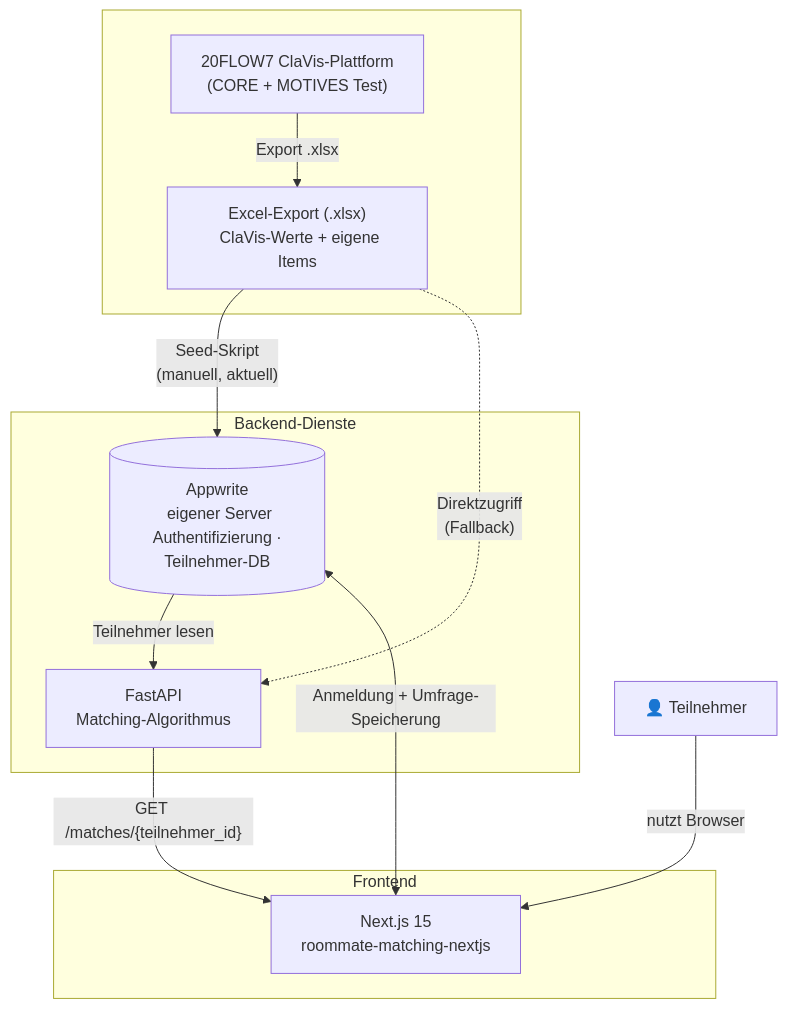
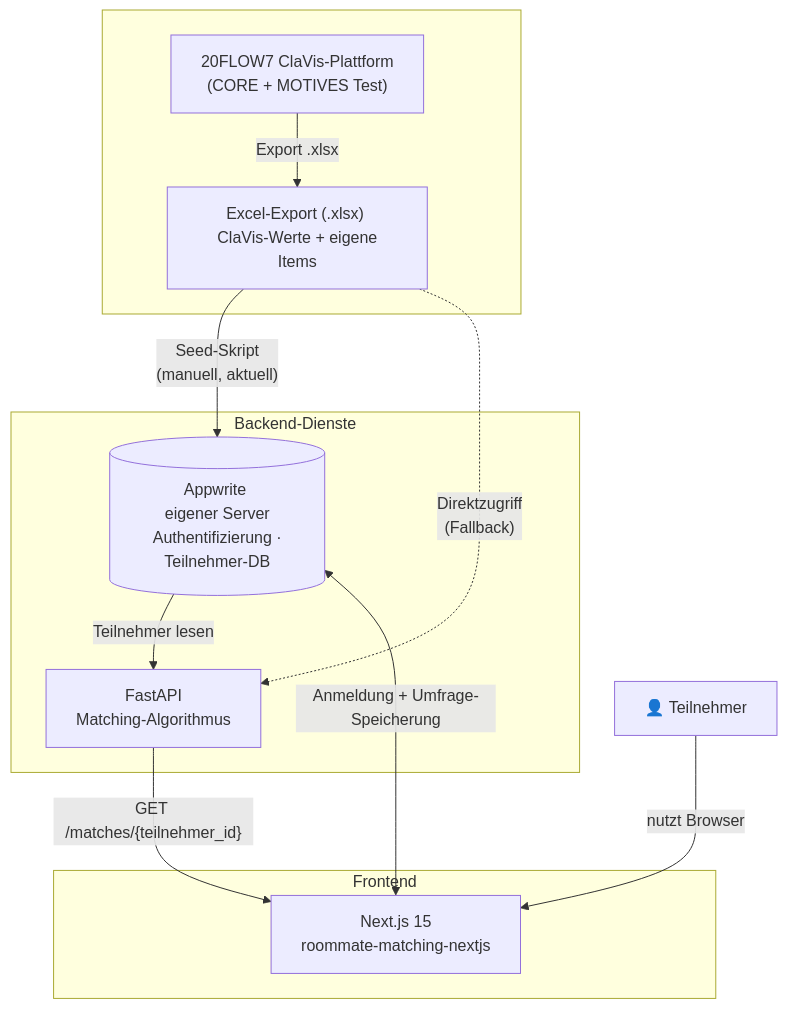
One commit to Zick-del/roommate-matching-nextjs changed the first of 3 diagrams in docs/index.md. Above: the diagram before and after it, drawn with Mermaid. The commit also changed other lines of this file, not shown here.

Commit message:
feat: improve formatting and spacing in mermaid diagrams for better clarity

````diff
--- a/docs/index.md
+++ b/docs/index.md
@@ -14,26 +14,26 @@
 ```mermaid
 graph TB
     subgraph EXT [" "]
-        CLAVIS["20FLOW7 ClaVis-Plattform\n  (CORE + MOTIVES Test)"]
-        EXCEL["Excel-Export (.xlsx)\n  ClaVis-Werte + eigene Items"]
+        CLAVIS["20FLOW7 ClaVis-Plattform \n (CORE + MOTIVES Test)"]
+        EXCEL["Excel-Export (.xlsx) \n ClaVis-Werte + eigene Items"]
     end
 
     subgraph BE ["Backend-Dienste"]
-        APPWRITE[("Appwrite\n eigener Server\n Authentifizierung · Teilnehmer-DB")]
-        FASTAPI["FastAPI\n Matching-Algorithmus"]
+        APPWRITE[("Appwrite \n eigener Server \n Authentifizierung · Teilnehmer-DB")]
+        FASTAPI["FastAPI \n Matching-Algorithmus"]
     end
 
     subgraph FE ["Frontend"]
-        NEXTJS["Next.js 15\n roommate-matching-nextjs"]
+        NEXTJS["Next.js 15 \n roommate-matching-nextjs"]
     end
 
     TEILNEHMER["👤 Teilnehmer"]
 
     CLAVIS -->|"Export .xlsx"| EXCEL
-    EXCEL -->|"Seed-Skript\n (manuell, aktuell)"| APPWRITE
+    EXCEL -->|"Seed-Skript \n (manuell, aktuell)"| APPWRITE
     APPWRITE -->|"Teilnehmer lesen"| FASTAPI
-    EXCEL -.->|"Direktzugriff\n (Fallback)"| FASTAPI
+    EXCEL -.->|"Direktzugriff \n (Fallback)"| FASTAPI
     FASTAPI -->|"GET /matches/{teilnehmer_id}"| NEXTJS
     NEXTJS <-->|"Anmeldung + Umfrage-Speicherung"| APPWRITE
     TEILNEHMER -->|"nutzt Browser"| NEXTJS
 ```
````
